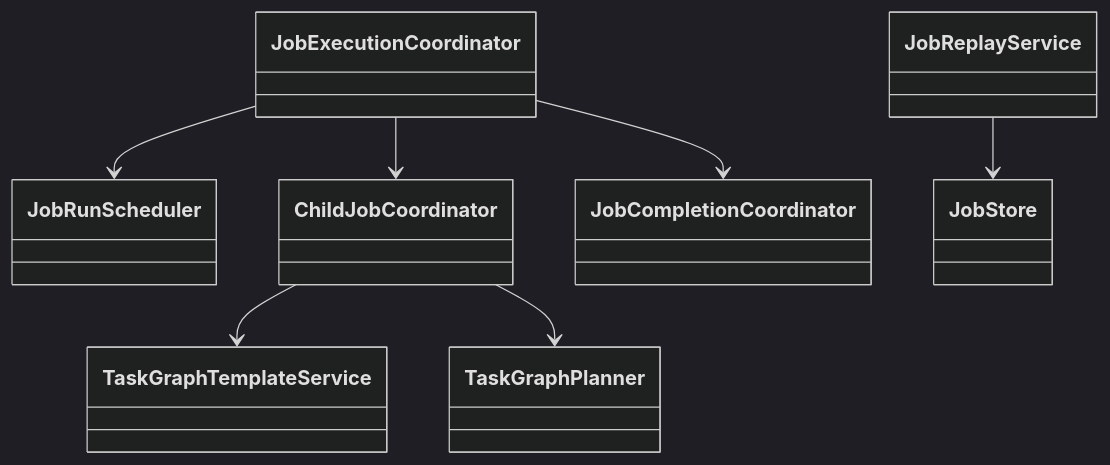
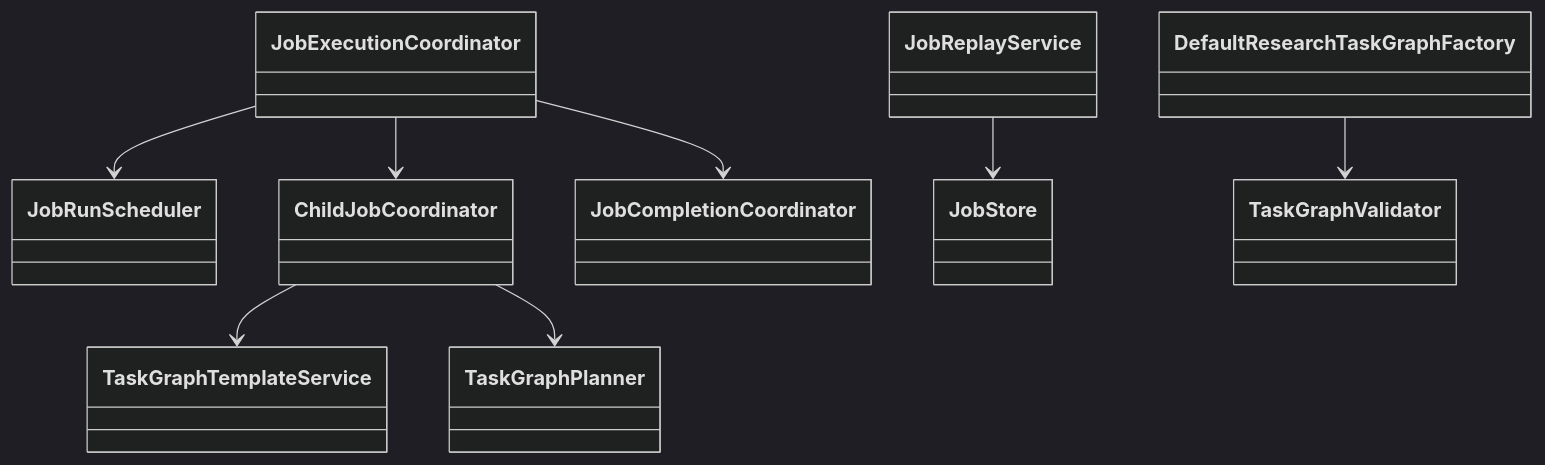
One commit to funjson/meta-agent changed the diagram in backend/src/main/java/com/funjson/metaagent/job/README.md. Above: the diagram before and after it, drawn with Mermaid (dark theme). The commit also changed other lines of this file and 76 other files, not shown here.

````diff
--- a/backend/src/main/java/com/funjson/metaagent/job/README.md
+++ b/backend/src/main/java/com/funjson/metaagent/job/README.md
@@ -10,9 +10,10 @@
 ```mermaid
 classDiagram
   JobExecutionCoordinator --> JobRunScheduler
   JobExecutionCoordinator --> ChildJobCoordinator
   JobExecutionCoordinator --> JobCompletionCoordinator
   JobReplayService --> JobStore
   ChildJobCoordinator --> TaskGraphTemplateService
   ChildJobCoordinator --> TaskGraphPlanner
+  DefaultResearchTaskGraphFactory --> TaskGraphValidator
 ```
````
